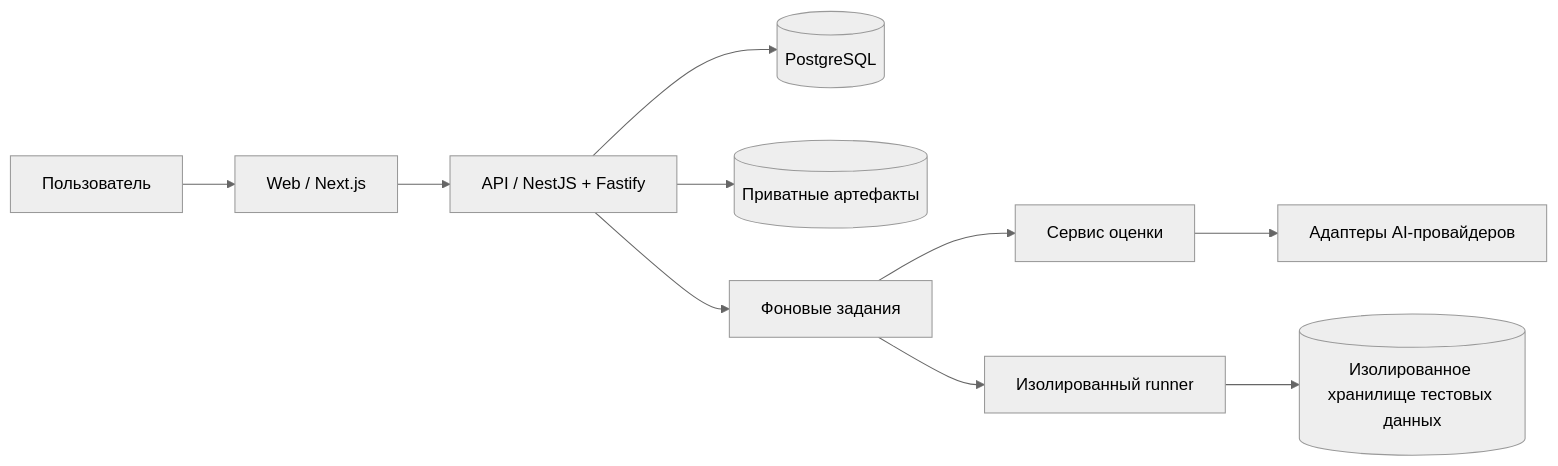
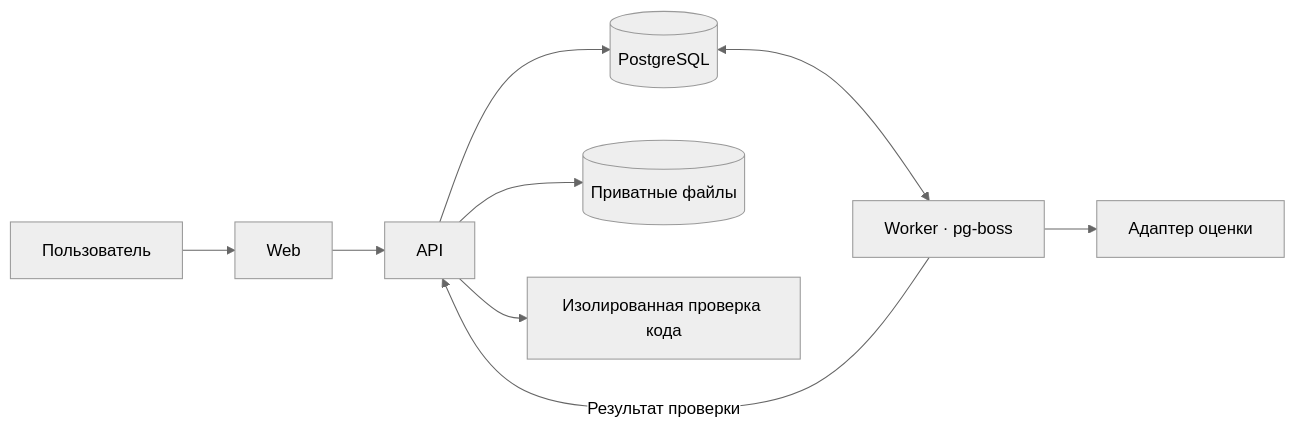
Before and after one commit to suungenius/PROBA-Portfolio: the first of 2 diagrams in docs/03-system-design.md, drawn with Mermaid (neutral theme). The commit also changed other lines of this file and 10 other files, not shown here.

````diff
--- a/docs/03-system-design.md
+++ b/docs/03-system-design.md
@@ -7,12 +5,11 @@
 ```mermaid
 flowchart LR
-    U[Пользователь] --> W[Web / Next.js]
-    W --> A[API / NestJS + Fastify]
-    A --> P[(PostgreSQL)]
-    A --> S[(Приватные артефакты)]
-    A --> Q[Фоновые задания]
-    Q --> EV[Сервис оценки]
-    Q --> X[Изолированный runner]
-    EV --> AD[Адаптеры AI-провайдеров]
-    X --> P2[(Изолированное хранилище тестовых данных)]
+    U["Пользователь"] --> W["Web"]
+    W --> A["API"]
+    A --> P[("PostgreSQL")]
+    A --> S[("Приватные файлы")]
+    P <--> B["Worker · pg-boss"]
+    B -->|Результат проверки| A
+    B --> L["Адаптер оценки"]
+    A --> X["Изолированная проверка кода"]
 ```
````
